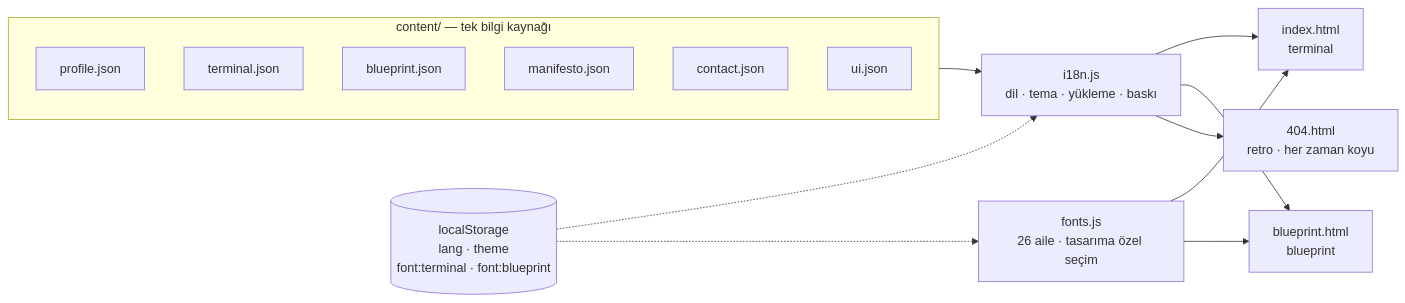
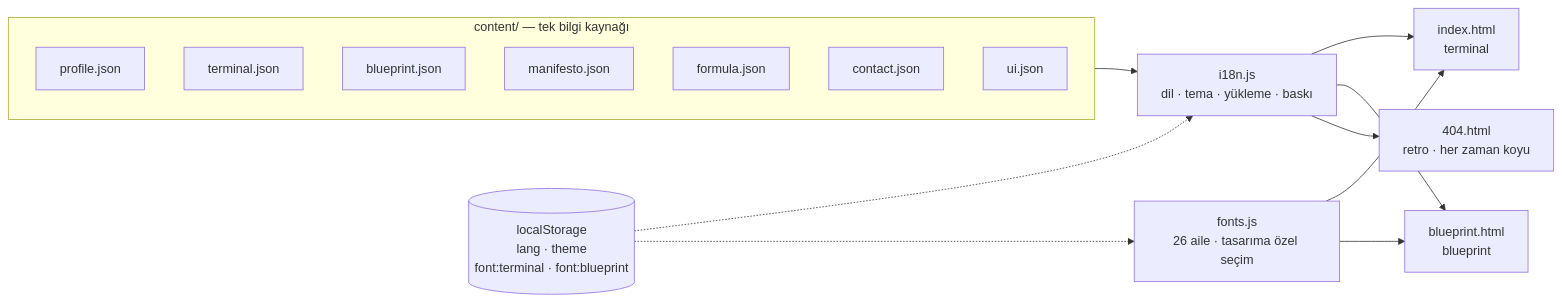
Before and after one commit to mahirfatih/mahirfatih.github.io: the diagram in README.tr.md, drawn with Mermaid. The commit also changed other lines of this file and 1 other file, not shown here.

First line of the commit message:
docs: document formula.json as a content source

````diff
--- a/README.tr.md
+++ b/README.tr.md
@@ -70,27 +70,28 @@
 ```mermaid
 flowchart LR
     subgraph Content["content/ — tek bilgi kaynağı"]
         P["profile.json"]
         T["terminal.json"]
         B["blueprint.json"]
         M["manifesto.json"]
+        FM["formula.json"]
         C["contact.json"]
         U["ui.json"]
     end
 
     I["i18n.js<br/>dil · tema · yükleme · baskı"]
     F["fonts.js<br/>26 aile · tasarıma özel seçim"]
     H["index.html<br/>terminal"]
     BP["blueprint.html<br/>blueprint"]
     N["404.html<br/>retro · her zaman koyu"]
     LS[("localStorage<br/>lang · theme<br/>font:terminal · font:blueprint")]
 
     Content --> I
     I --> H
     I --> BP
     I --> N
     F --> H
     F --> BP
     LS -.-> I
     LS -.-> F
 ```
````
